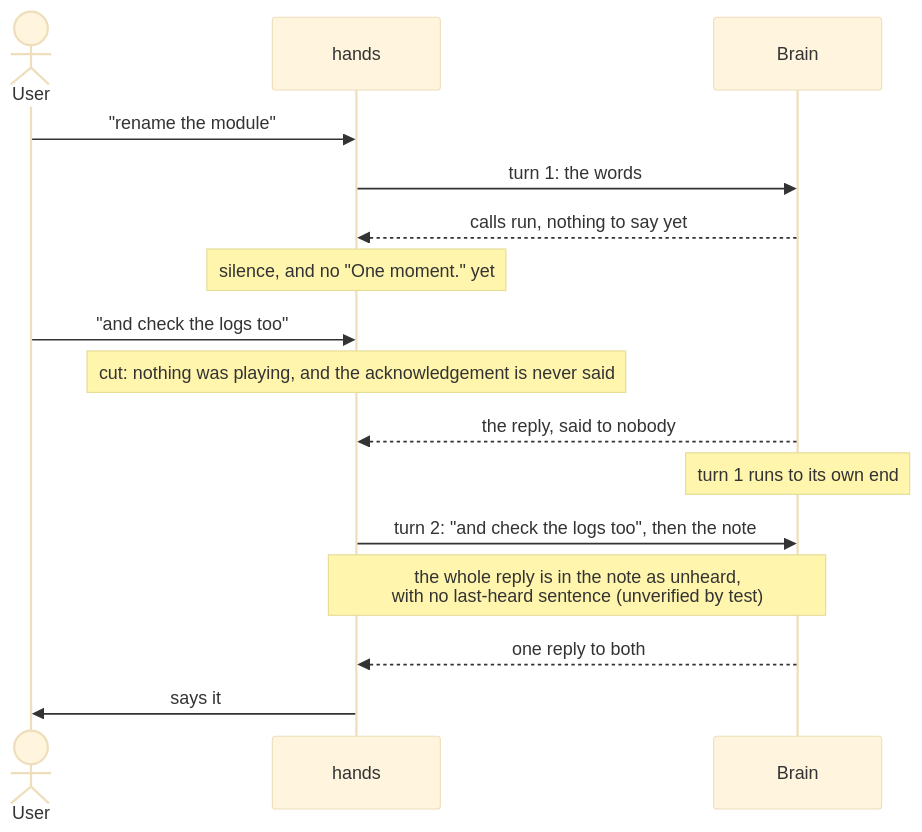
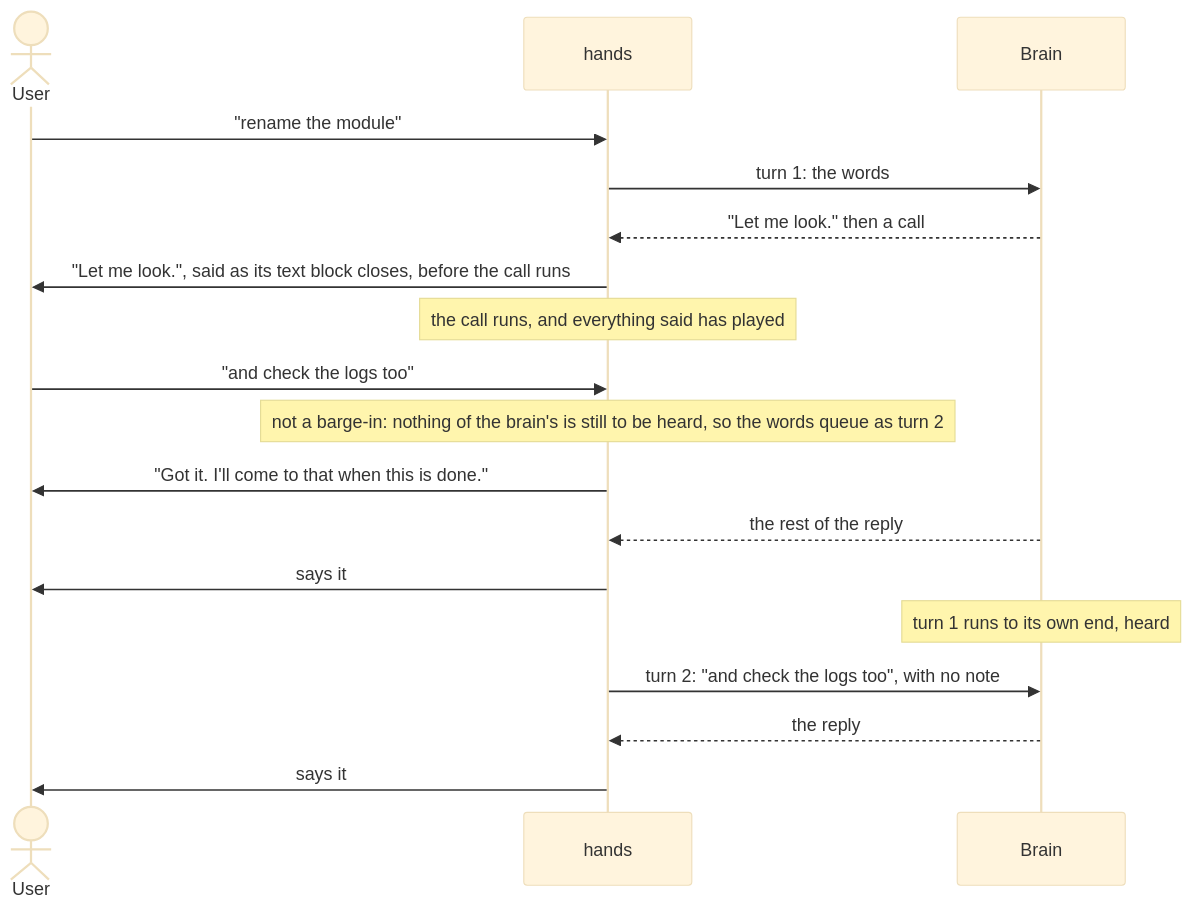
One commit to promptctl/cc-hands changed the third of 7 diagrams in docs/barge-in.md. Above: the diagram before and after it, drawn with Mermaid (base theme). The commit also changed other lines of this file and 3 other files, not shown here.

First line of the commit message:
brain: words said while the brain works in silence are not a barge-in, and hands answers them at once (promptctl-barge-in-duao.51y)

````diff
--- a/docs/barge-in.md
+++ b/docs/barge-in.md
@@ -194,18 +202,20 @@
 ```mermaid
 sequenceDiagram
     actor U as User
     participant H as hands
     participant B as Brain
     U->>H: "rename the module"
     H->>B: turn 1: the words
-    B-->>H: calls run, nothing to say yet
-    Note over H: silence, and no "One moment." yet
+    B-->>H: "Let me look." then a call
+    H->>U: "Let me look.", said as its text block closes, before the call runs
+    Note over H: the call runs, and everything said has played
     U->>H: "and check the logs too"
-    Note over H: cut: nothing was playing, and the acknowledgement is never said
-    B-->>H: the reply, said to nobody
-    Note over B: turn 1 runs to its own end
-    H->>B: turn 2: "and check the logs too", then the note
-    Note over H,B: the whole reply is in the note as unheard,<br/>with no last-heard sentence (unverified by test)
-    B-->>H: one reply to both
+    Note over H: not a barge-in: nothing of the brain's is still to be heard, so the words queue as turn 2
+    H->>U: "Got it. I'll come to that when this is done."
+    B-->>H: the rest of the reply
+    H->>U: says it
+    Note over B: turn 1 runs to its own end, heard
+    H->>B: turn 2: "and check the logs too", with no note
+    B-->>H: the reply
     H->>U: says it
 ```
````
